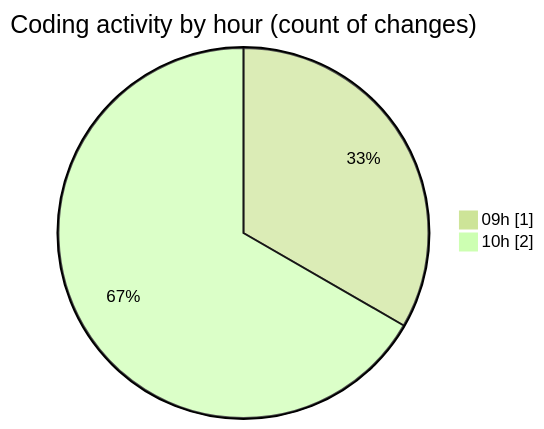
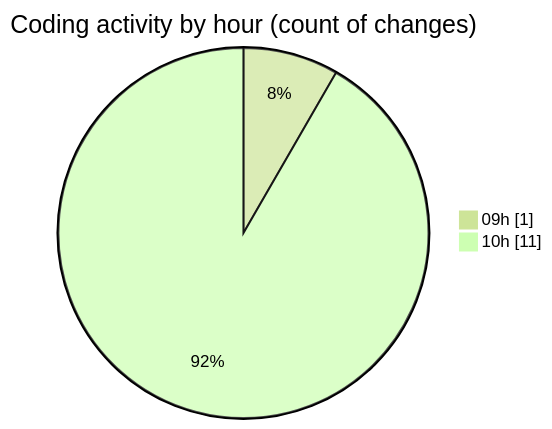
Before and after one commit to momahboobian/code-tracking: the second of 2 diagrams in 2026-01-07/cda/README.md, drawn with Mermaid (forest theme). The commit also changed other lines of this file and 1 other file, not shown here.

````diff
--- a/2026-01-07/cda/README.md
+++ b/2026-01-07/cda/README.md
@@ -31,6 +41,6 @@
 ```mermaid
 pie showData
 title Coding activity by hour (count of changes)
 "09h" : 1
-"10h" : 2
+"10h" : 11
 ```
````
